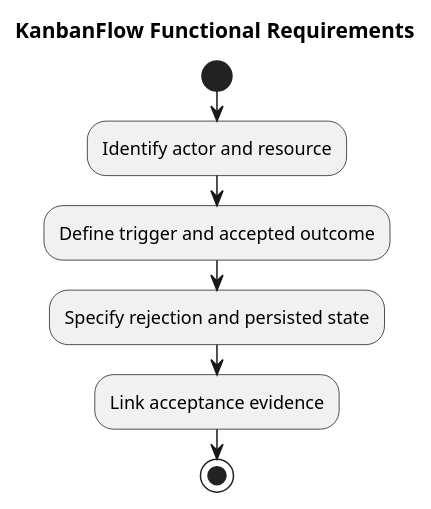
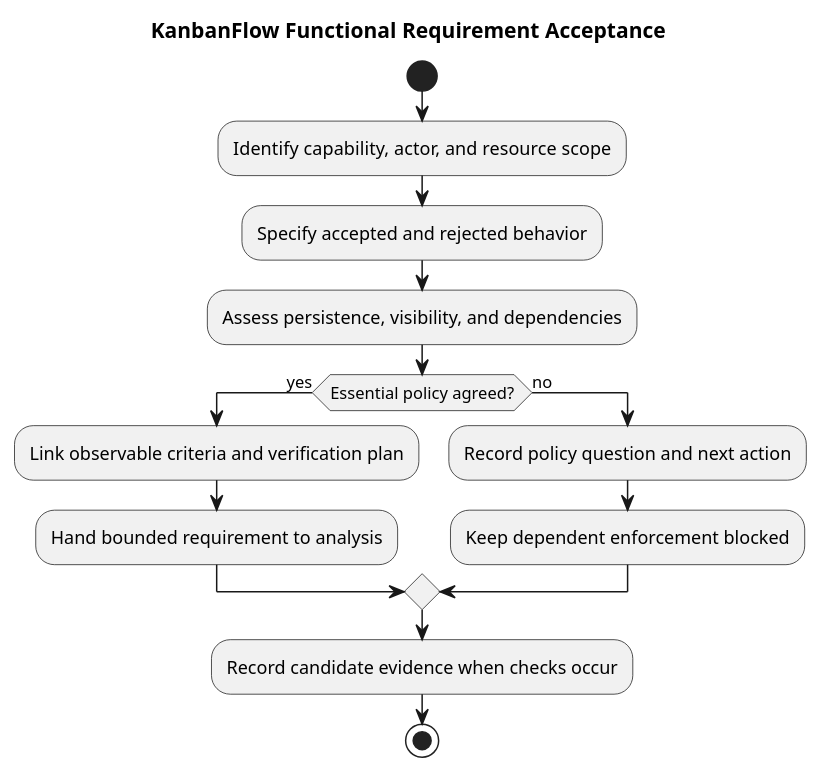
One commit to Farhad-Valizadegan/Web-KanbanFlow changed the diagram in docs/SDLC/02-requirements/diagrams/functional-requirements.puml. Above: the diagram before and after it, drawn with PlantUML. The commit also changed 2 other files, not shown here.

Commit message:
docs: complete functional requirements catalog and acceptance boundaries

```diff
--- a/docs/SDLC/02-requirements/diagrams/functional-requirements.puml
+++ b/docs/SDLC/02-requirements/diagrams/functional-requirements.puml
@@ -1,9 +1,16 @@
 @startuml
-title KanbanFlow Functional Requirements
+title KanbanFlow Functional Requirement Acceptance
 start
-:Identify actor and resource;
-:Define trigger and accepted outcome;
-:Specify rejection and persisted state;
-:Link acceptance evidence;
+:Identify capability, actor, and resource scope;
+:Specify accepted and rejected behavior;
+:Assess persistence, visibility, and dependencies;
+if (Essential policy agreed?) then (yes)
+ :Link observable criteria and verification plan;
+ :Hand bounded requirement to analysis;
+else (no)
+ :Record policy question and next action;
+ :Keep dependent enforcement blocked;
+endif
+:Record candidate evidence when checks occur;
 stop
 @enduml
```
